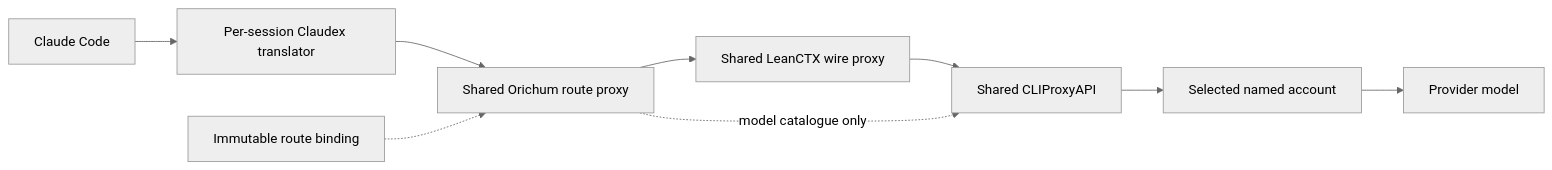
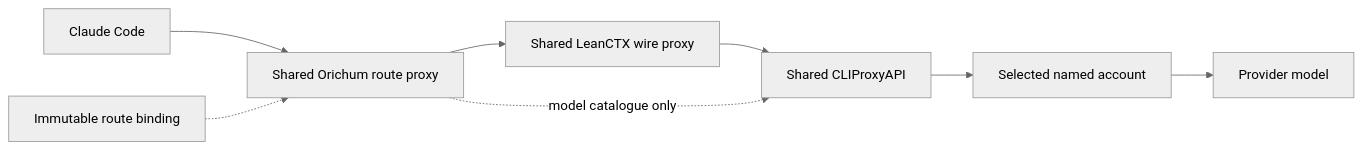
The fourth of 4 diagrams in docs/architecture.md (orichum/orichum), drawn with Mermaid (neutral theme) before and after one commit. The commit also changed other lines of this file and 30 other files, not shown here.

````diff
--- a/docs/architecture.md
+++ b/docs/architecture.md
@@ -95,11 +97,10 @@
 ```mermaid
 flowchart LR
-    CC["Claude Code"] --> X["Per-session Claudex translator"]
-    X --> R["Shared Orichum route proxy"]
+    CC["Claude Code"] --> R["Shared Orichum route proxy"]
     B["Immutable route binding"] -.-> R
     R --> L["Shared LeanCTX wire proxy"]
     L --> P["Shared CLIProxyAPI"]
     R -. "model catalogue only" .-> P
     P --> A["Selected named account"]
     A --> M["Provider model"]
 ```
````
